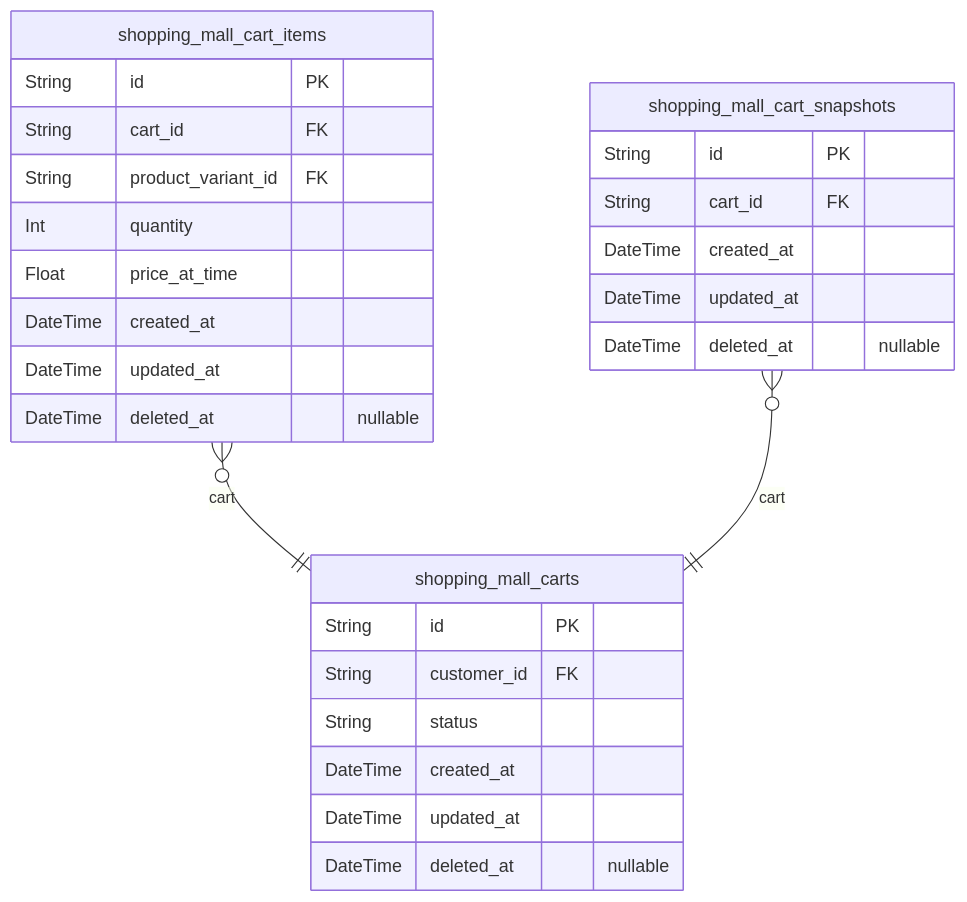
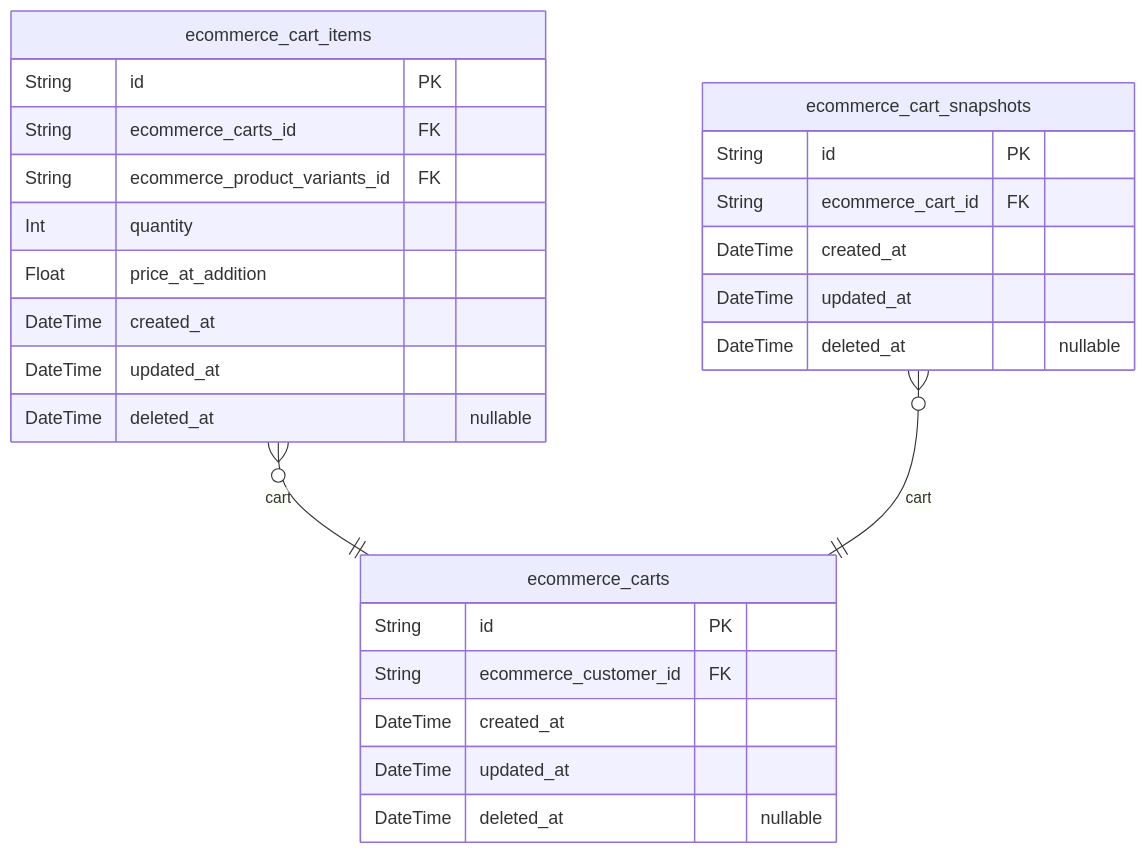
One commit to wrtnlabs/autobe-examples changed the sixth of 9 diagrams in qwen/qwen3-30b-a3b-thinking-2507/shopping/docs/ERD.md. Above: the diagram before and after it, drawn with Mermaid. The commit also changed other lines of this file and 11104 other files, not shown here.

````diff
--- a/qwen/qwen3-30b-a3b-thinking-2507/shopping/docs/ERD.md
+++ b/qwen/qwen3-30b-a3b-thinking-2507/shopping/docs/ERD.md
@@ -1355,30 +1043,29 @@
 ```mermaid
 erDiagram
-"shopping_mall_carts" {
+"ecommerce_carts" {
   String id PK
-  String customer_id FK
-  String status
+  String ecommerce_customer_id FK
   DateTime created_at
   DateTime updated_at
   DateTime deleted_at "nullable"
 }
-"shopping_mall_cart_items" {
+"ecommerce_cart_items" {
   String id PK
-  String cart_id FK
-  String product_variant_id FK
+  String ecommerce_carts_id FK
+  String ecommerce_product_variants_id FK
   Int quantity
-  Float price_at_time
+  Float price_at_addition
   DateTime created_at
   DateTime updated_at
   DateTime deleted_at "nullable"
 }
-"shopping_mall_cart_snapshots" {
+"ecommerce_cart_snapshots" {
   String id PK
-  String cart_id FK
+  String ecommerce_cart_id FK
   DateTime created_at
   DateTime updated_at
   DateTime deleted_at "nullable"
 }
-"shopping_mall_cart_items" }o--|| "shopping_mall_carts" : cart
-"shopping_mall_cart_snapshots" }o--|| "shopping_mall_carts" : cart
+"ecommerce_cart_items" }o--|| "ecommerce_carts" : cart
+"ecommerce_cart_snapshots" }o--|| "ecommerce_carts" : cart
 ```
````
